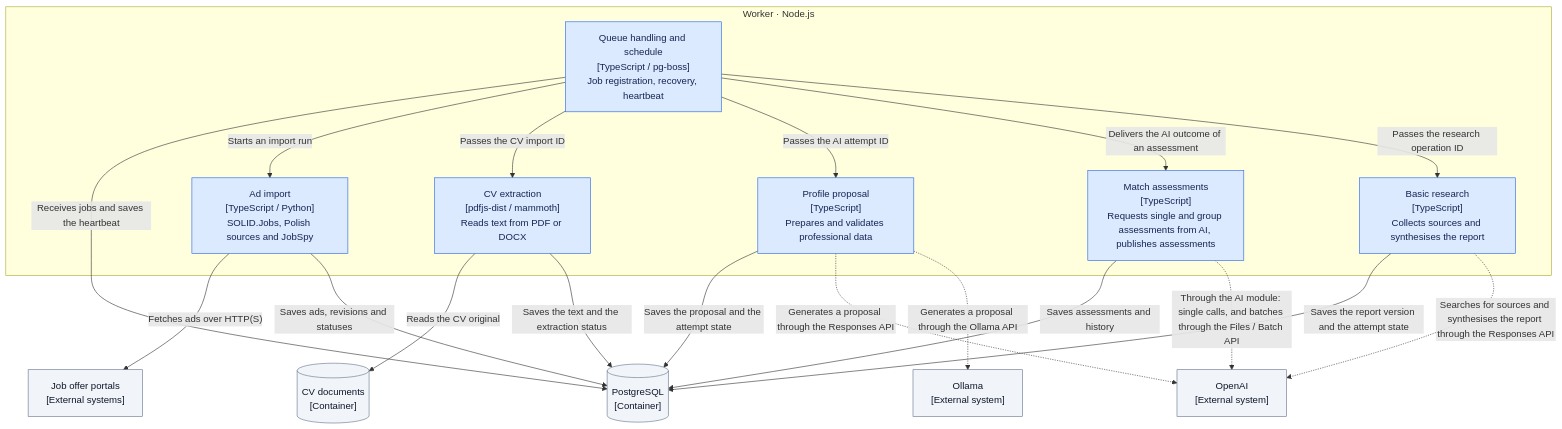
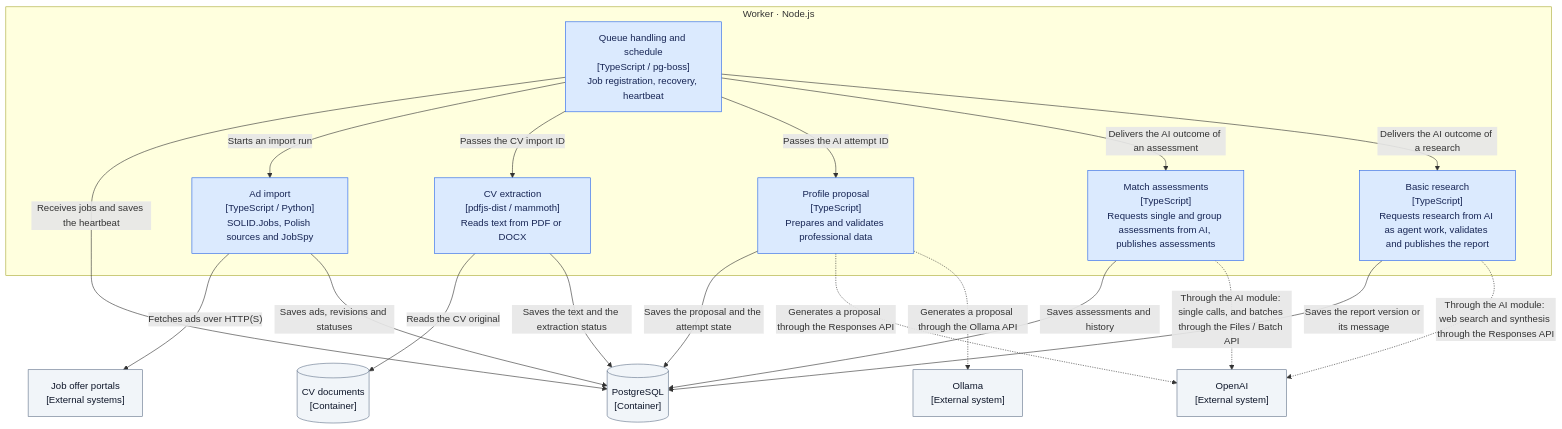
The fourth of 5 diagrams in docs/architecture/README.md (pioziol123/ofertorix-rekrutus), drawn with Mermaid before and after one commit. The commit also changed other lines of this file and 22 other files, not shown here.

Commit message:
oferty-pracy-0mq.22: Describe agent work in the AI and Companies modules, mark the assumptions of research through AI

````diff
--- a/docs/architecture/README.md
+++ b/docs/architecture/README.md
@@ -127,40 +127,40 @@
 ```mermaid
 flowchart TB
   DB[("PostgreSQL<br/>[Container]")]
   Files[("CV documents<br/>[Container]")]
   Boards["Job offer portals<br/>[External systems]"]
   OpenAI["OpenAI<br/>[External system]"]
   Ollama["Ollama<br/>[External system]"]
 
   subgraph Worker["Worker · Node.js"]
     Runtime["Queue handling and schedule<br/>[TypeScript / pg-boss]<br/>Job registration, recovery, heartbeat"]
     Import["Ad import<br/>[TypeScript / Python]<br/>SOLID.Jobs, Polish sources and JobSpy"]
     Parse["CV extraction<br/>[pdfjs-dist / mammoth]<br/>Reads text from PDF or DOCX"]
     Profile["Profile proposal<br/>[TypeScript]<br/>Prepares and validates professional data"]
     Matching["Match assessments<br/>[TypeScript]<br/>Requests single and group assessments from AI, publishes assessments"]
-    Research["Basic research<br/>[TypeScript]<br/>Collects sources and synthesises the report"]
+    Research["Basic research<br/>[TypeScript]<br/>Requests research from AI as agent work, validates and publishes the report"]
   end
 
   Runtime -->|"Receives jobs and saves the heartbeat"| DB
   Runtime -->|"Starts an import run"| Import
   Runtime -->|"Passes the CV import ID"| Parse
   Runtime -->|"Passes the AI attempt ID"| Profile
   Runtime -->|"Delivers the AI outcome of an assessment"| Matching
-  Runtime -->|"Passes the research operation ID"| Research
+  Runtime -->|"Delivers the AI outcome of a research"| Research
   Import -->|"Fetches ads over HTTP(S)"| Boards
   Import -->|"Saves ads, revisions and statuses"| DB
   Parse -->|"Reads the CV original"| Files
   Parse -->|"Saves the text and the extraction status"| DB
   Profile -->|"Saves the proposal and the attempt state"| DB
   Matching -->|"Saves assessments and history"| DB
-  Research -->|"Saves the report version and the attempt state"| DB
+  Research -->|"Saves the report version or its message"| DB
   Profile -.->|"Generates a proposal through the Responses API"| OpenAI
   Profile -.->|"Generates a proposal through the Ollama API"| Ollama
   Matching -.->|"Through the AI module: single calls, and batches through the Files / Batch API"| OpenAI
-  Research -.->|"Searches for sources and synthesises the report through the Responses API"| OpenAI
+  Research -.->|"Through the AI module: web search and synthesis through the Responses API"| OpenAI
 
   classDef internal fill:#dbeafe,stroke:#2563eb,color:#172554
   classDef external fill:#f1f5f9,stroke:#64748b,color:#0f172a
   class Runtime,Import,Parse,Profile,Matching,Research internal
   class DB,Files,Boards,OpenAI,Ollama external
 ```
````
